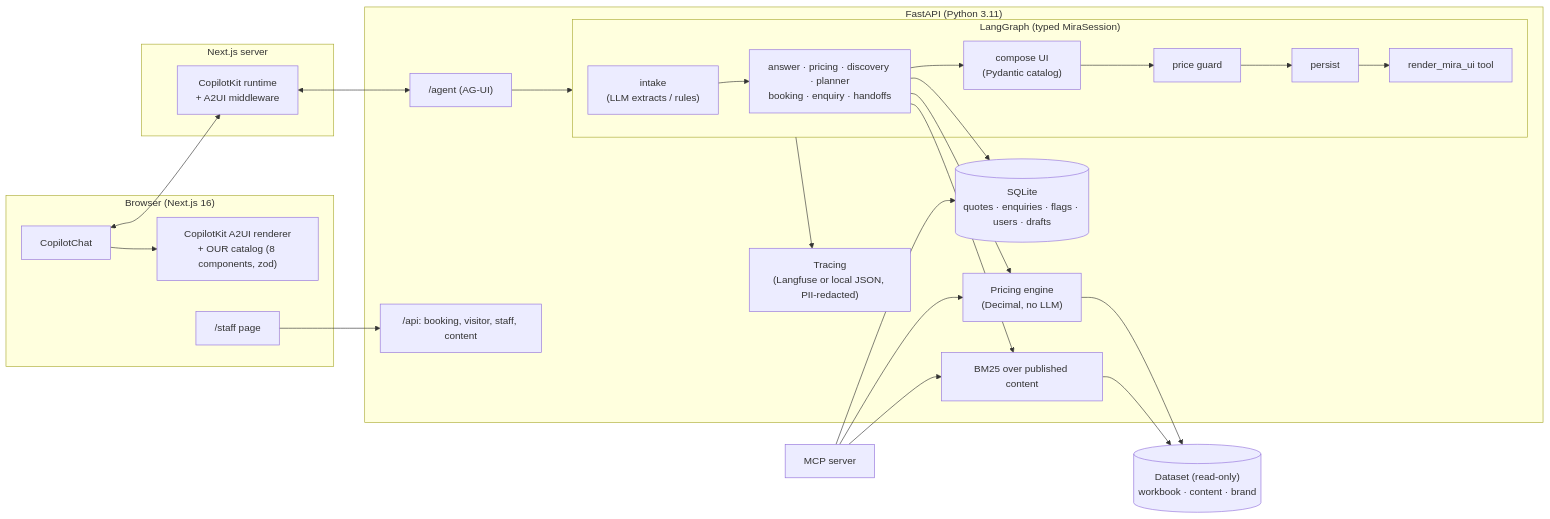
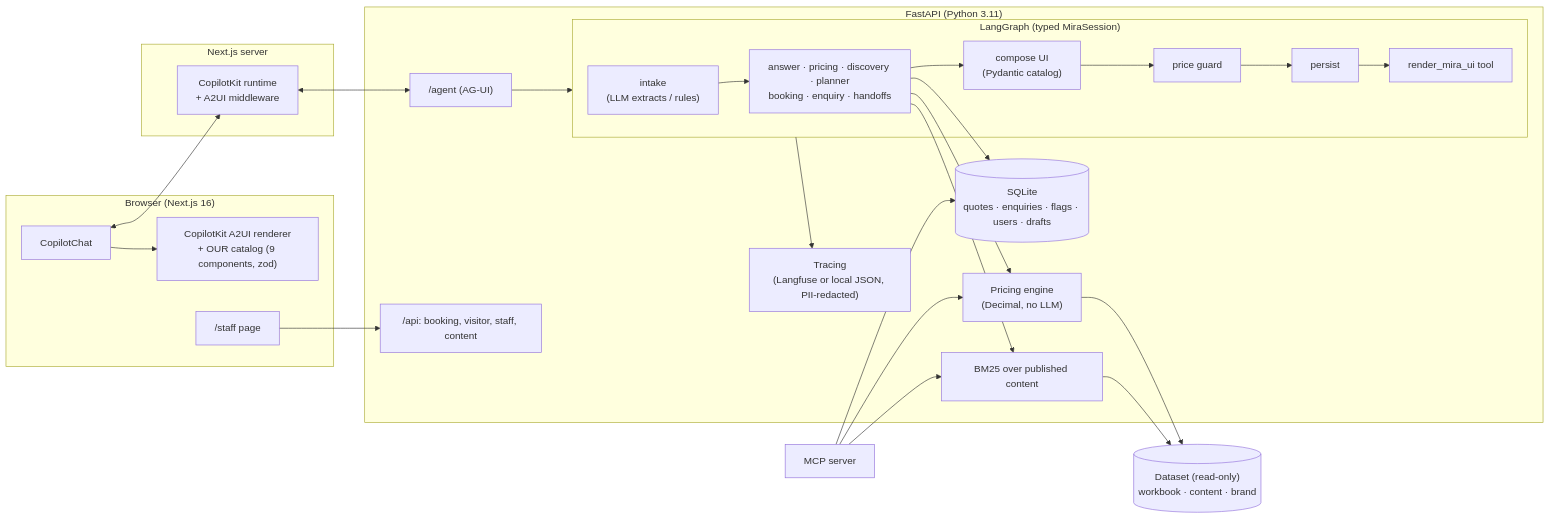
Before and after one commit to Shinthurie/mira-travel-assistant: the diagram in README.md, drawn with Mermaid. The commit also changed other lines of this file and 39 other files, not shown here.

````diff
--- a/README.md
+++ b/README.md
@@ -35,29 +35,29 @@
 ```mermaid
 flowchart LR
     subgraph Browser["Browser (Next.js 16)"]
-        Chat["CopilotChat"] --> Renderer["CopilotKit A2UI renderer<br/>+ OUR catalog (8 components, zod)"]
+        Chat["CopilotChat"] --> Renderer["CopilotKit A2UI renderer<br/>+ OUR catalog (9 components, zod)"]
         Staff["/staff page"]
     end
     subgraph Runtime["Next.js server"]
         RT["CopilotKit runtime<br/>+ A2UI middleware"]
     end
     subgraph Backend["FastAPI (Python 3.11)"]
         AGUI["/agent (AG-UI)"] --> Graph
         REST["/api: booking, visitor, staff, content"]
         subgraph Graph["LangGraph (typed MiraSession)"]
             Intake["intake<br/>(LLM extracts / rules)"] --> Actions["answer · pricing · discovery · planner<br/>booking · enquiry · handoffs"]
             Actions --> Compose["compose UI<br/>(Pydantic catalog)"] --> Guard["price guard"] --> Persist["persist"] --> Render["render_mira_ui tool"]
         end
         Engine["Pricing engine<br/>(Decimal, no LLM)"]
         Search["BM25 over published content"]
         DB[("SQLite<br/>quotes · enquiries · flags · users · drafts")]
         Trace["Tracing<br/>(Langfuse or local JSON, PII-redacted)"]
     end
     Data[("Dataset (read-only)<br/>workbook · content · brand")]
     Chat <--> RT <--> AGUI
     Staff --> REST
     Actions --> Engine & Search & DB
     Engine & Search --> Data
     Graph --> Trace
     MCP["MCP server"] --> Engine & Search & DB
 ```
````
